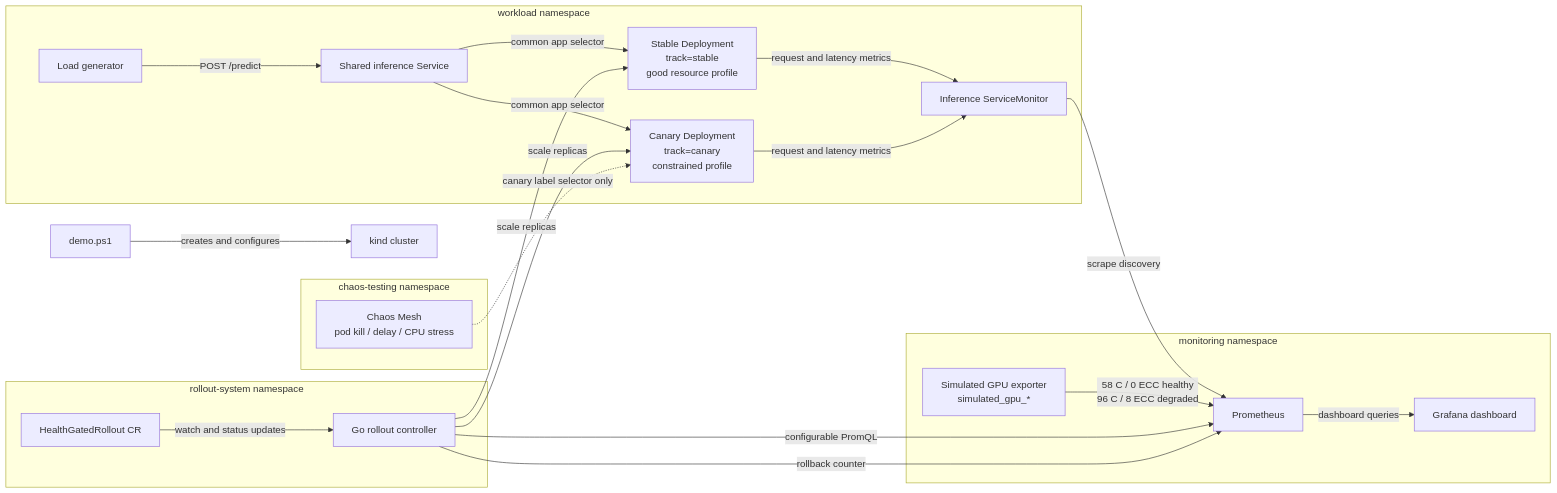
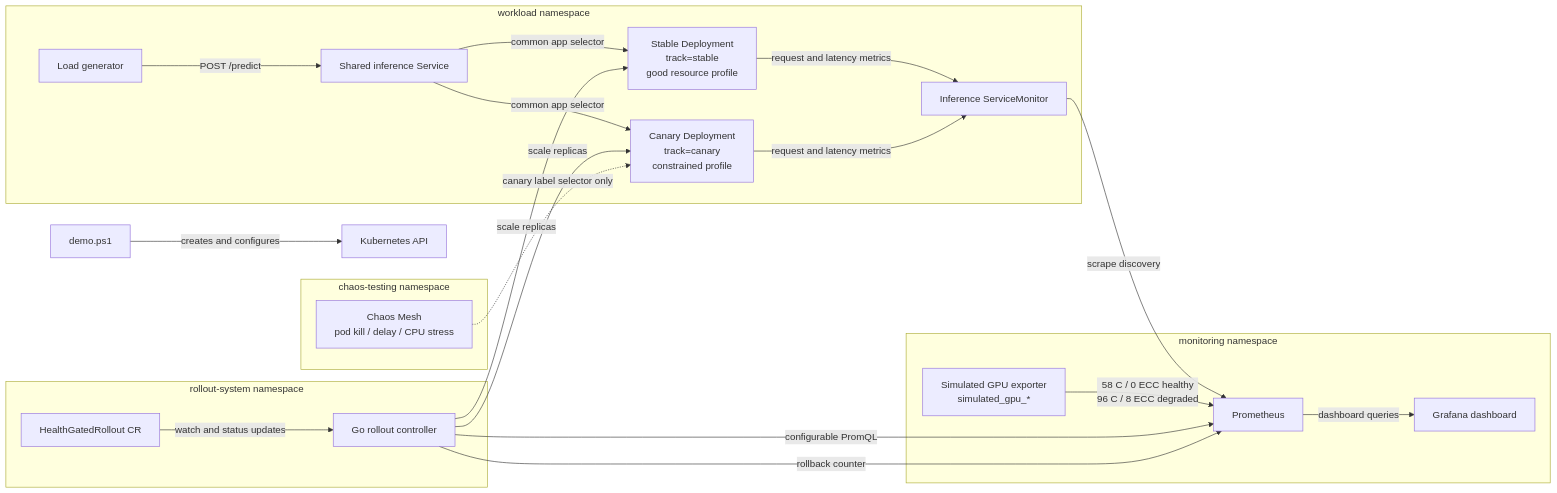
Before and after one commit to samimriaz/kubernetes-health-rollout-controller: the first of 3 diagrams in Readme.md, drawn with Mermaid. The commit also changed other lines of this file and 2 other files, not shown here.

Commit message:
Modernize architecture documentation

````diff
--- a/Readme.md
+++ b/Readme.md
@@ -82,37 +113,37 @@
 ```mermaid
 flowchart LR
-    Demo[demo.ps1] -->|creates and configures| Kind[kind cluster]
+    Demo[demo.ps1] -->|creates and configures| API[Kubernetes API]
 
     subgraph Workload[workload namespace]
         Load[Load generator] -->|POST /predict| Service[Shared inference Service]
         Service -->|common app selector| Stable[Stable Deployment<br/>track=stable<br/>good resource profile]
         Service -->|common app selector| Canary[Canary Deployment<br/>track=canary<br/>constrained profile]
         Stable -->|request and latency metrics| Monitor[Inference ServiceMonitor]
         Canary -->|request and latency metrics| Monitor
     end
 
     subgraph Rollout[rollout-system namespace]
         CR[HealthGatedRollout CR]
         Controller[Go rollout controller]
         CR -->|watch and status updates| Controller
         Controller -->|scale replicas| Stable
         Controller -->|scale replicas| Canary
     end
 
     subgraph Monitoring[monitoring namespace]
         Prometheus[Prometheus]
         GPU[Simulated GPU exporter<br/>simulated_gpu_*]
         Grafana[Grafana dashboard]
         Monitor -->|scrape discovery| Prometheus
         GPU -->|58 C / 0 ECC healthy<br/>96 C / 8 ECC degraded| Prometheus
         Prometheus -->|dashboard queries| Grafana
     end
 
     Controller -->|configurable PromQL| Prometheus
     Controller -->|rollback counter| Prometheus
 
     subgraph Chaos[chaos-testing namespace]
         ChaosMesh[Chaos Mesh<br/>pod kill / delay / CPU stress]
     end
     ChaosMesh -.->|canary label selector only| Canary
 ```
````
